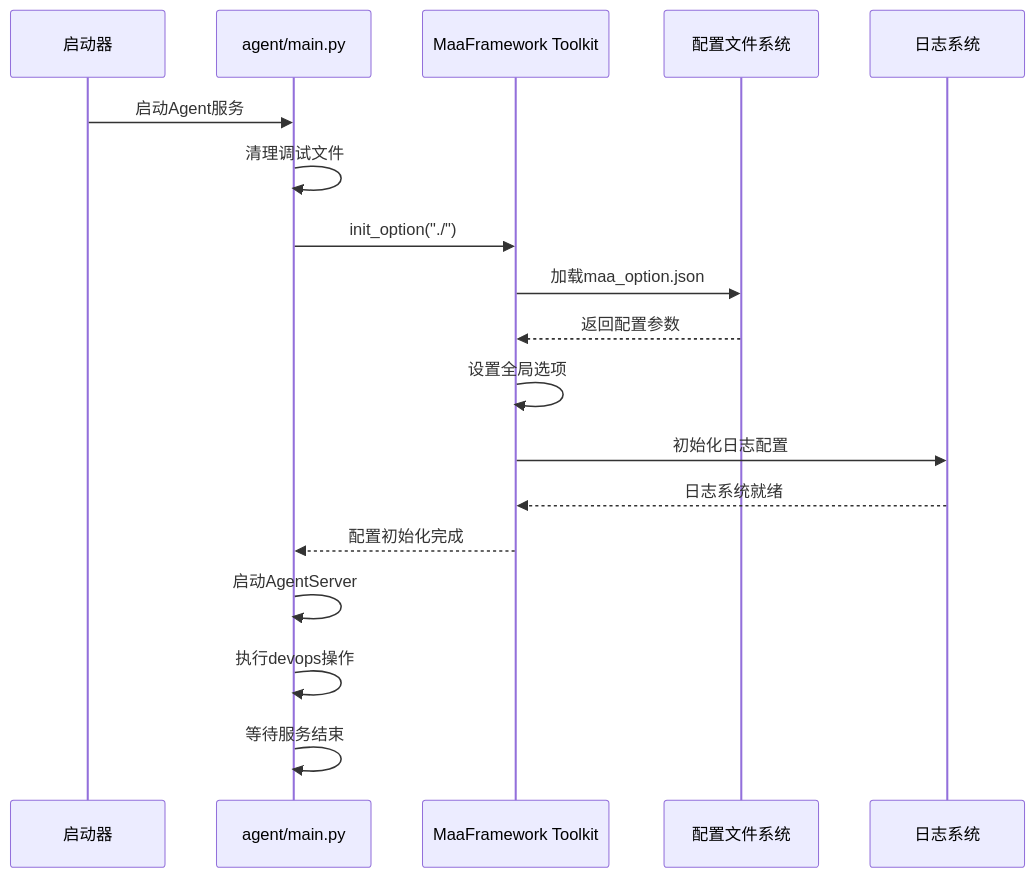
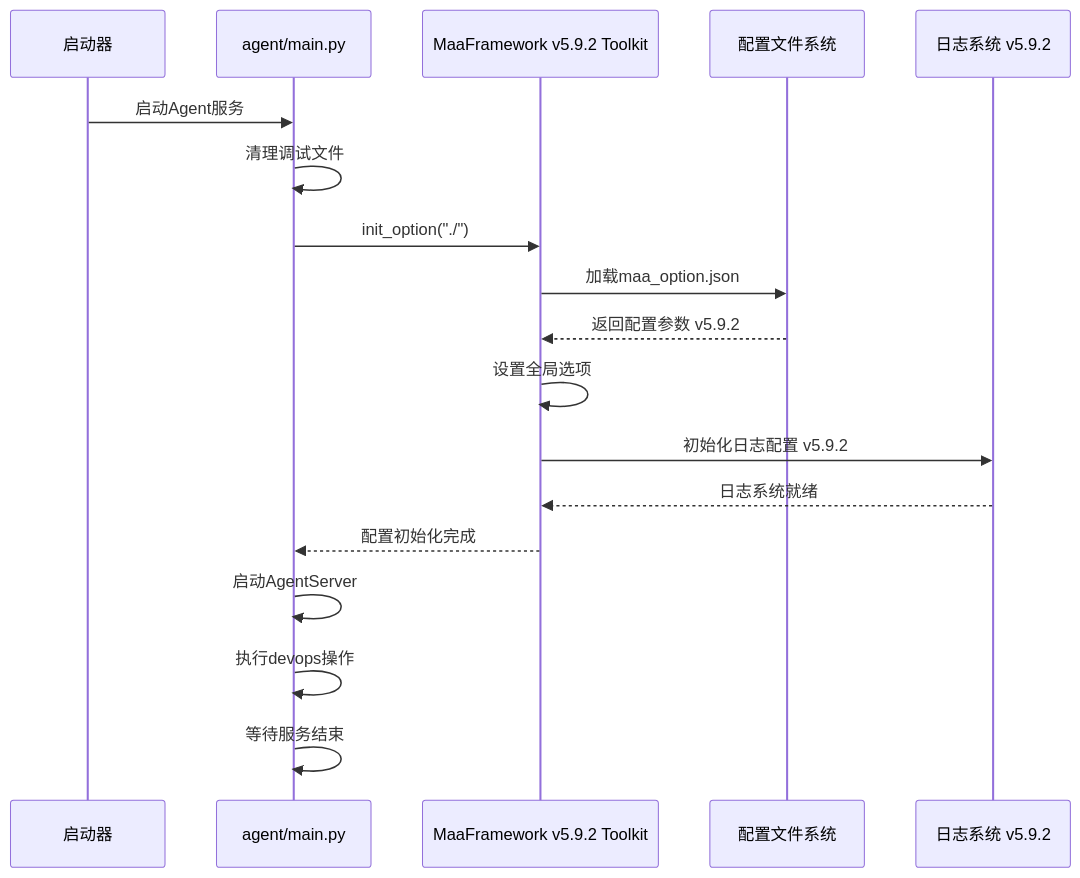
One commit to kqcoxn/MaaDuDuL changed the third of 5 diagrams in .qoder/repowiki/zh/content/系统架构与设计/核心架构设计/配置体系设计.md. Above: the diagram before and after it, drawn with Mermaid. The commit also changed other lines of this file and 18 other files, not shown here.

````diff
--- a/.qoder/repowiki/zh/content/系统架构与设计/核心架构设计/配置体系设计.md
+++ b/.qoder/repowiki/zh/content/系统架构与设计/核心架构设计/配置体系设计.md
@@ -135,20 +160,20 @@
 ```mermaid
 sequenceDiagram
 participant Launcher as 启动器
 participant Main as agent/main.py
-participant Toolkit as MaaFramework Toolkit
+participant Toolkit as MaaFramework v5.9.2 Toolkit
 participant Config as 配置文件系统
-participant Logger as 日志系统
+participant Logger as 日志系统 v5.9.2
 Launcher->>Main : 启动Agent服务
 Main->>Main : 清理调试文件
 Main->>Toolkit : init_option("./")
 Toolkit->>Config : 加载maa_option.json
-Config-->>Toolkit : 返回配置参数
+Config-->>Toolkit : 返回配置参数 v5.9.2
 Toolkit->>Toolkit : 设置全局选项
-Toolkit->>Logger : 初始化日志配置
+Toolkit->>Logger : 初始化日志配置 v5.9.2
 Logger-->>Toolkit : 日志系统就绪
 Toolkit-->>Main : 配置初始化完成
 Main->>Main : 启动AgentServer
 Main->>Main : 执行devops操作
 Main->>Main : 等待服务结束
 ```
````
